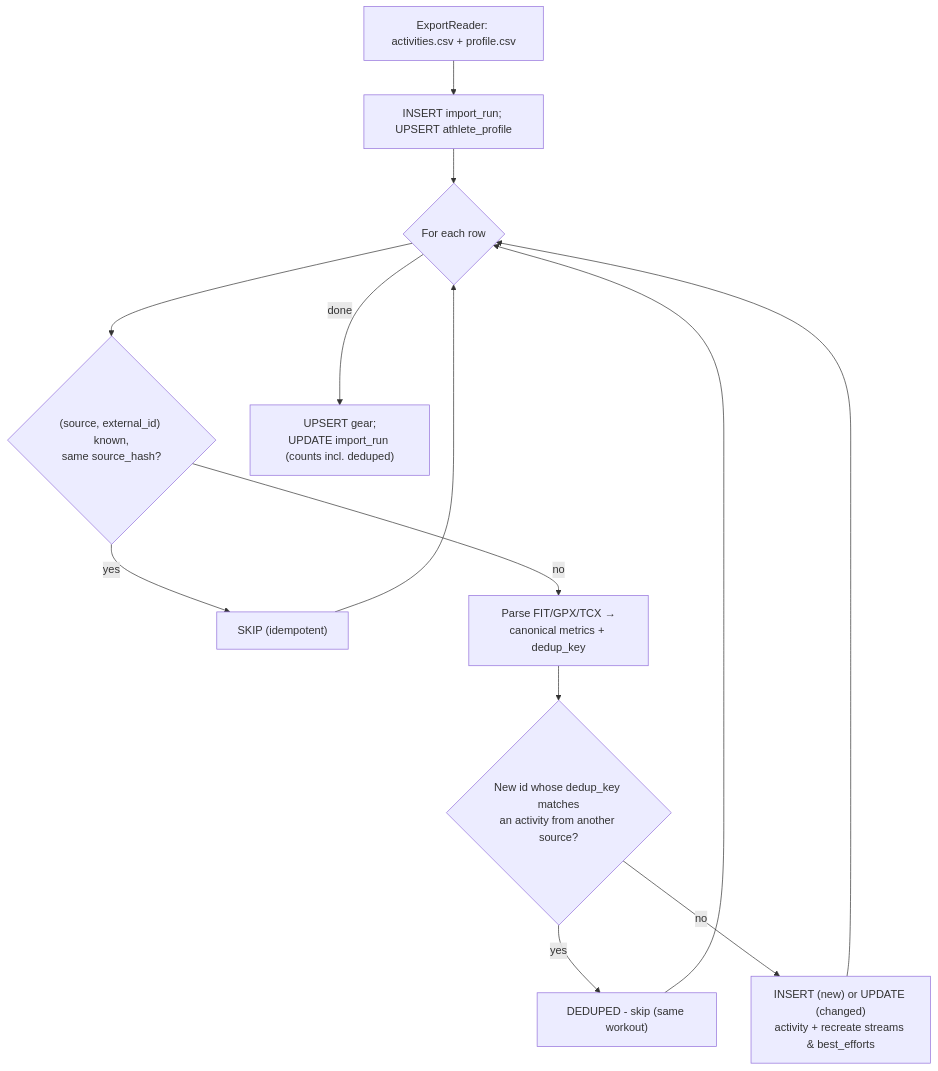
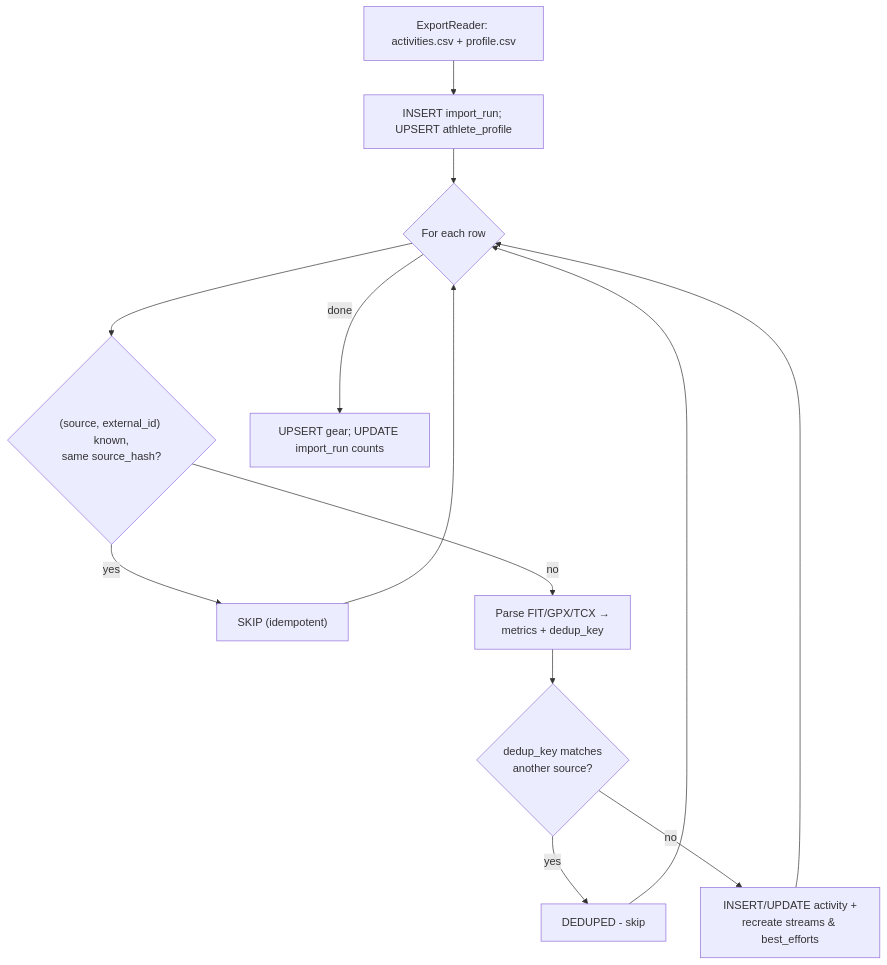
The second of 4 diagrams in doc/database.md (iiey/fitme), drawn with Mermaid before and after one commit. The commit also changed other lines of this file and 3 other files, not shown here.

````diff
--- a/doc/database.md
+++ b/doc/database.md
@@ -416,15 +234,15 @@
 ```mermaid
 flowchart TD
     Reader["ExportReader: activities.csv + profile.csv"] --> Run["INSERT import_run; UPSERT athlete_profile"]
     Run --> Loop{"For each row"}
     Loop --> Look{"(source, external_id) known,<br/>same source_hash?"}
     Look -->|"yes"| Skip["SKIP (idempotent)"]
-    Look -->|"no"| Parse["Parse FIT/GPX/TCX →<br/>canonical metrics + dedup_key"]
-    Parse --> Twin{"New id whose dedup_key matches<br/>an activity from another source?"}
-    Twin -->|"yes"| Dedup["DEDUPED - skip (same workout)"]
-    Twin -->|"no"| Write["INSERT (new) or UPDATE (changed)<br/>activity + recreate streams & best_efforts"]
+    Look -->|"no"| Parse["Parse FIT/GPX/TCX →<br/>metrics + dedup_key"]
+    Parse --> Twin{"dedup_key matches<br/>another source?"}
+    Twin -->|"yes"| Dedup["DEDUPED - skip"]
+    Twin -->|"no"| Write["INSERT/UPDATE activity +<br/>recreate streams & best_efforts"]
     Skip --> Loop
     Dedup --> Loop
     Write --> Loop
-    Loop -->|"done"| Finish["UPSERT gear;<br/>UPDATE import_run (counts incl. deduped)"]
+    Loop -->|"done"| Finish["UPSERT gear; UPDATE import_run counts"]
 ```
````
